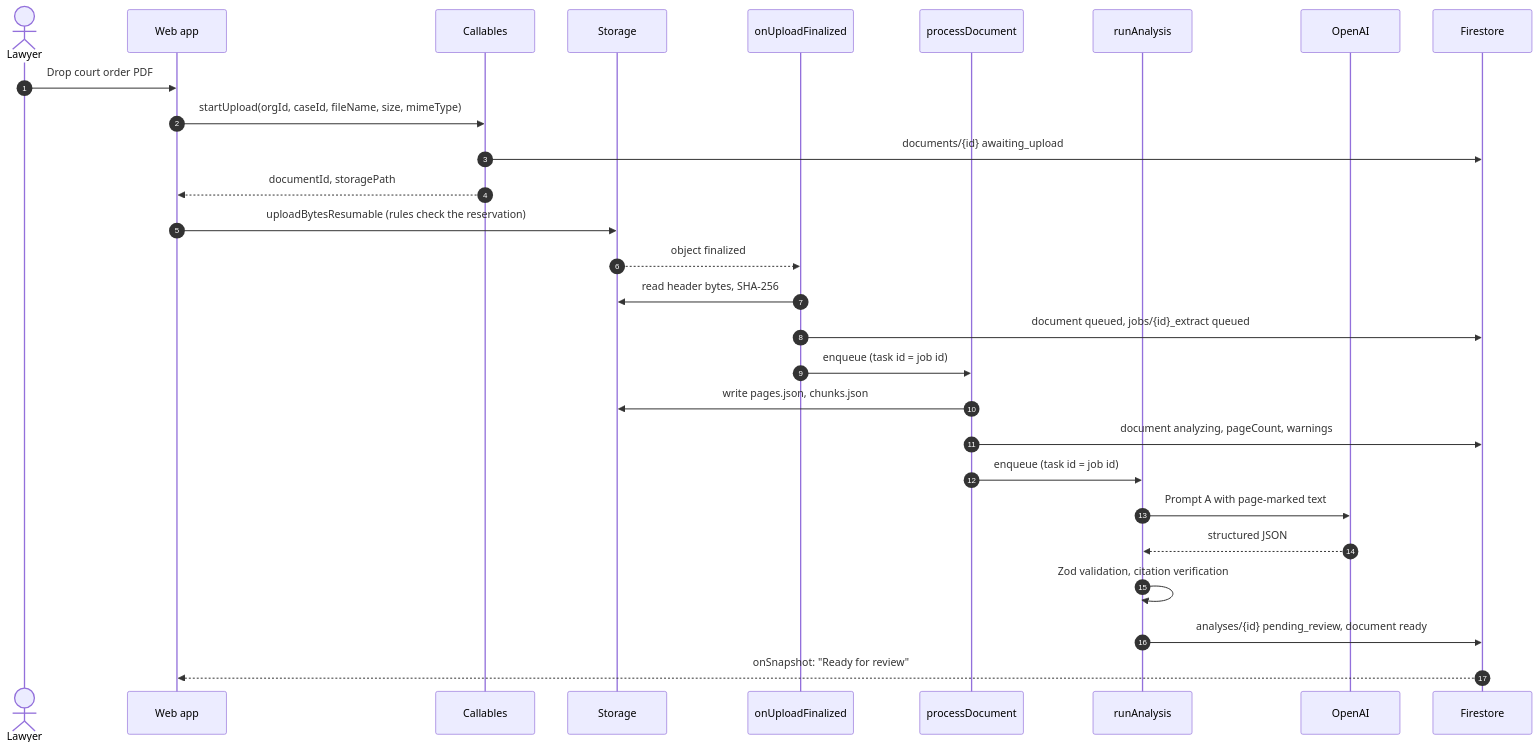
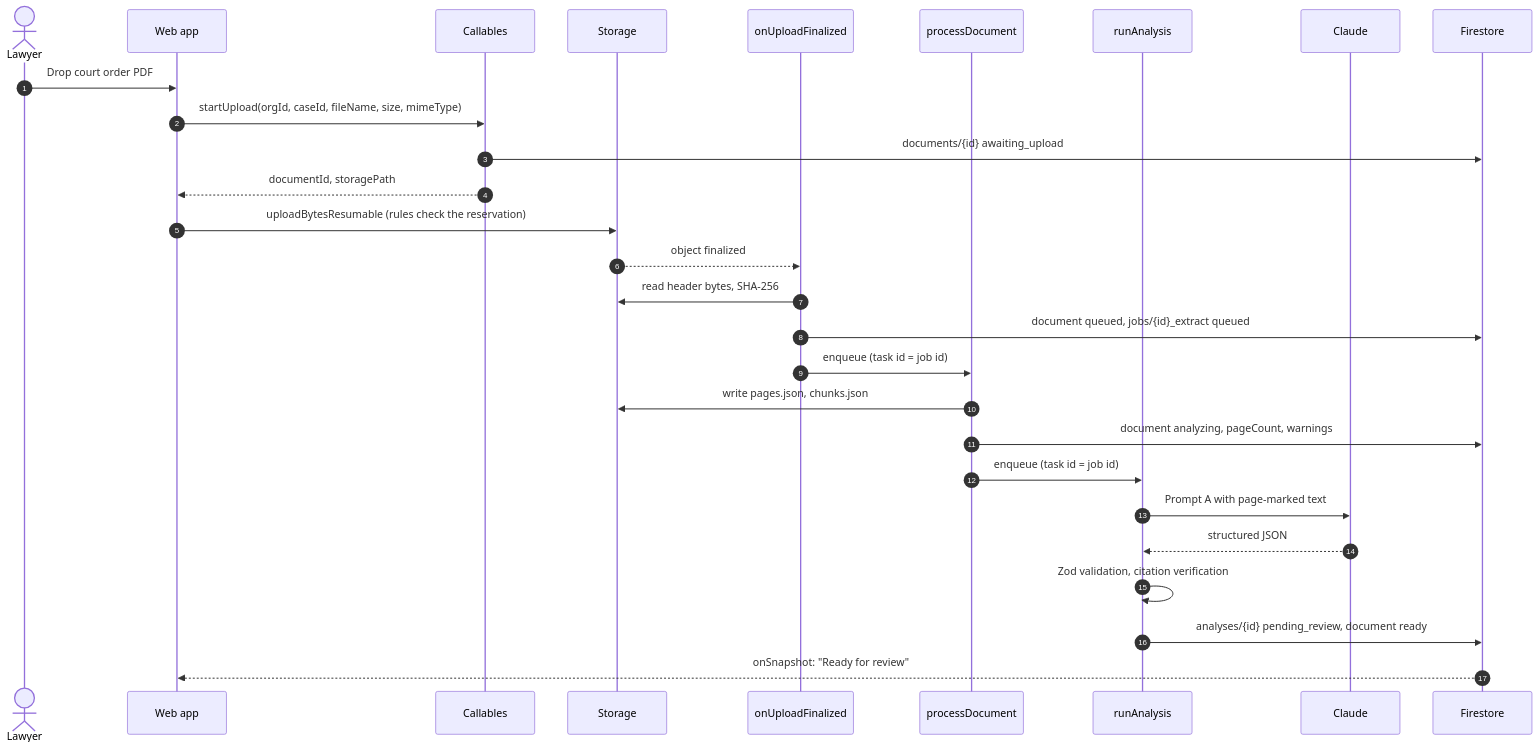
Before and after one commit to Purnendu220/ai-for-lawyers-hackathon-neural-ninjas: the second of 3 diagrams in docs/ARCHITECTURE.md, drawn with Mermaid. The commit also changed other lines of this file and 45 other files, not shown here.

````diff
--- a/docs/ARCHITECTURE.md
+++ b/docs/ARCHITECTURE.md
@@ -387,31 +387,31 @@
 ```mermaid
 sequenceDiagram
   autonumber
   actor L as Lawyer
   participant W as Web app
   participant C as Callables
   participant S as Storage
   participant T as onUploadFinalized
   participant P as processDocument
   participant A as runAnalysis
-  participant AI as OpenAI
+  participant AI as Claude
   participant D as Firestore
 
   L->>W: Drop court order PDF
   W->>C: startUpload(orgId, caseId, fileName, size, mimeType)
   C->>D: documents/{id} awaiting_upload
   C-->>W: documentId, storagePath
   W->>S: uploadBytesResumable (rules check the reservation)
   S-->>T: object finalized
   T->>S: read header bytes, SHA-256
   T->>D: document queued, jobs/{id}_extract queued
   T->>P: enqueue (task id = job id)
   P->>S: write pages.json, chunks.json
   P->>D: document analyzing, pageCount, warnings
   P->>A: enqueue (task id = job id)
   A->>AI: Prompt A with page-marked text
   AI-->>A: structured JSON
   A->>A: Zod validation, citation verification
   A->>D: analyses/{id} pending_review, document ready
   D-->>W: onSnapshot: "Ready for review"
 ```
````
